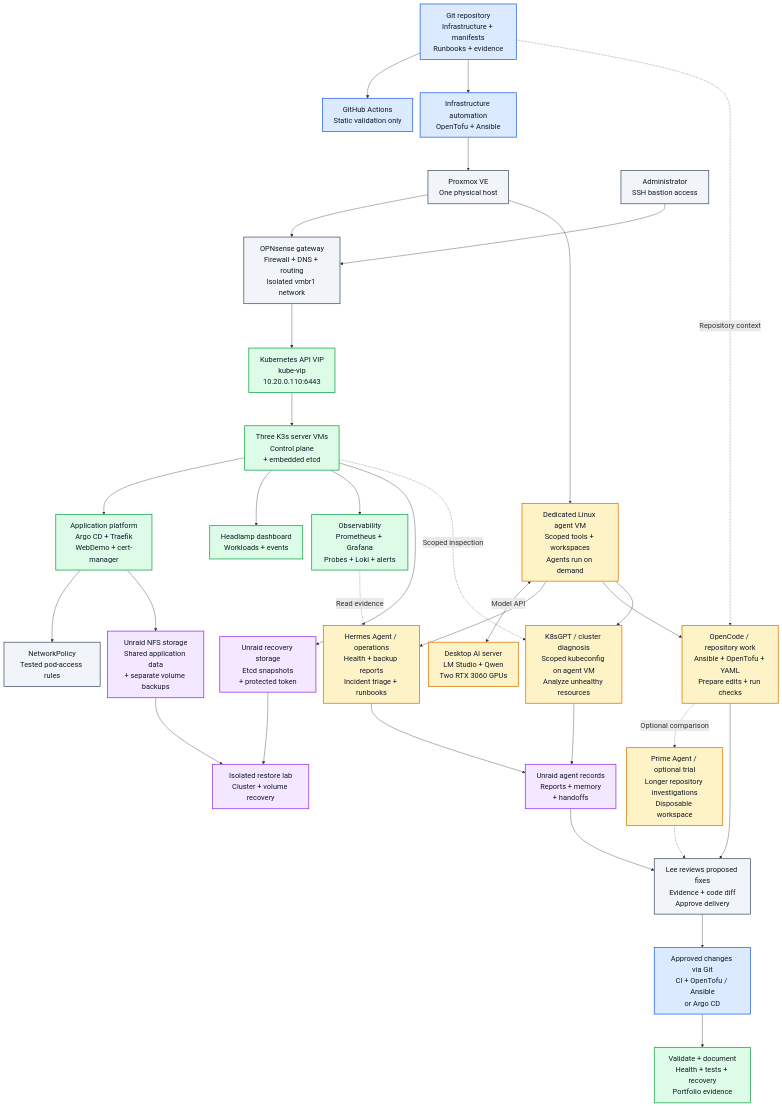
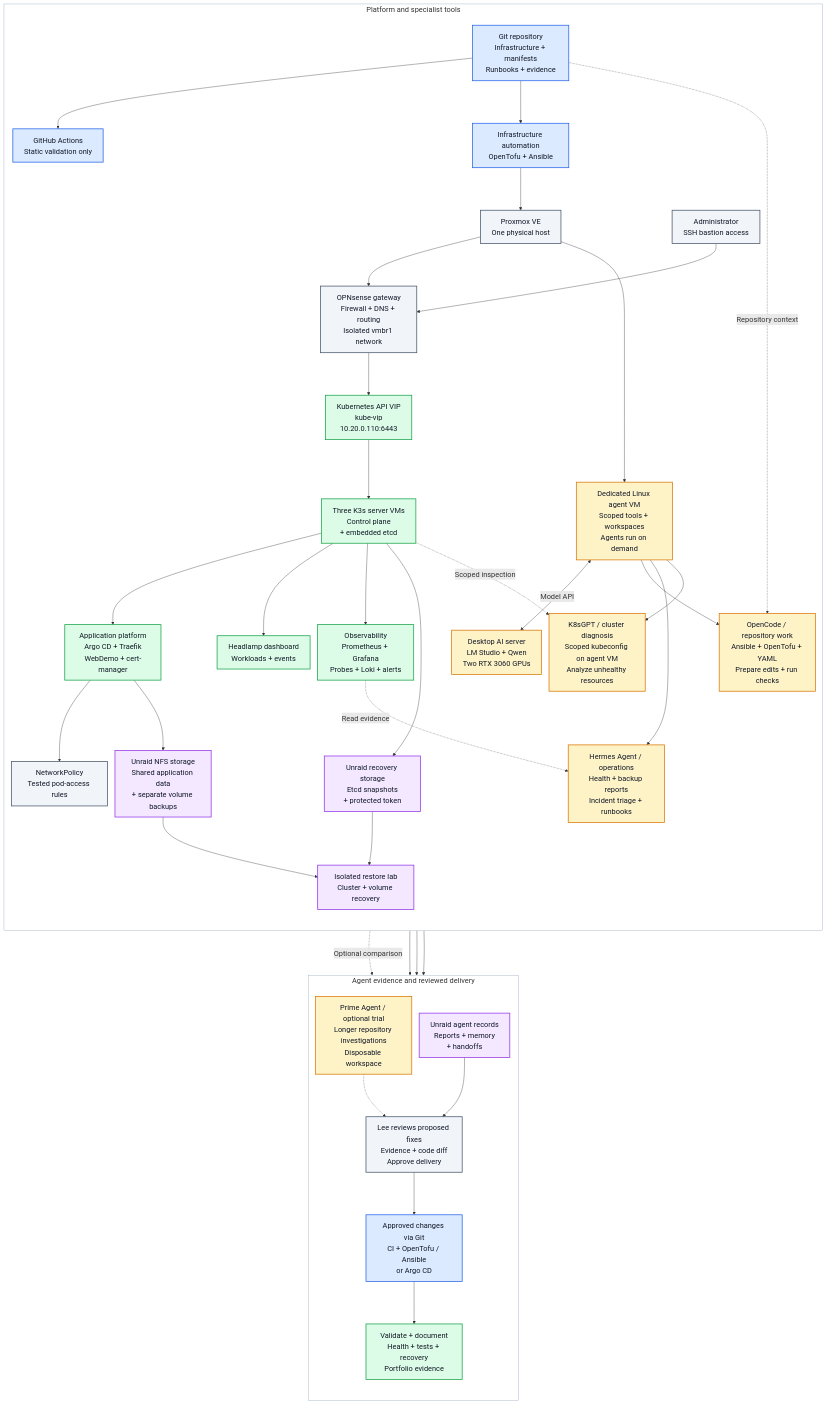
Before and after one commit to Capasiter/homelab-portfolio: the third of 3 diagrams in README.md, drawn with Mermaid. The commit also changed other lines of this file, not shown here.

Commit message:
docs: align architecture styling and group reviewed delivery on the left

````diff
--- a/README.md
+++ b/README.md
@@ -236,6 +237,17 @@
 ```mermaid
 %%{init: {"flowchart": {"nodeSpacing": 20, "rankSpacing": 90, "curve": "basis"}, "themeVariables": {"fontSize": "20px"}}}%%
 flowchart TD
+    subgraph ReviewLane["Agent evidence and reviewed delivery"]
+        direction TB
+    Prime["Prime Agent / optional trial<br/>Longer repository investigations<br/>Disposable workspace"]
+    Records["Unraid agent records<br/>Reports + memory<br/>+ handoffs"]
+    Review["Lee reviews proposed fixes<br/>Evidence + code diff<br/>Approve delivery"]
+    Delivery["Approved changes via Git<br/>CI + OpenTofu / Ansible<br/>or Argo CD"]
+    Verify["Validate + document<br/>Health + tests + recovery<br/>Portfolio evidence"]
+    end
+
+    subgraph PlatformLane["Platform and specialist tools"]
+        direction TB
     Git["Git repository<br/>Infrastructure + manifests<br/>Runbooks + evidence"]
     CI["GitHub Actions<br/>Static validation only"]
     Automation["Infrastructure automation<br/>OpenTofu + Ansible"]
@@ -251,17 +263,17 @@
     Storage["Unraid NFS storage<br/>Shared application data<br/>+ separate volume backups"]
     Backup["Unraid recovery storage<br/>Etcd snapshots<br/>+ protected token"]
     Restore["Isolated restore lab<br/>Cluster + volume recovery"]
-
     Workspace["Dedicated Linux agent VM<br/>Scoped tools + workspaces<br/>Agents run on demand"]
     Desktop["Desktop AI server<br/>LM Studio + Qwen<br/>Two RTX 3060 GPUs"]
     Hermes["Hermes Agent / operations<br/>Health + backup reports<br/>Incident triage + runbooks"]
     OpenCode["OpenCode / repository work<br/>Ansible + OpenTofu + YAML<br/>Prepare edits + run checks"]
     K8sGPT["K8sGPT / cluster diagnosis<br/>Scoped kubeconfig on agent VM<br/>Analyze unhealthy resources"]
-    Prime["Prime Agent / optional trial<br/>Longer repository investigations<br/>Disposable workspace"]
-    Records["Unraid agent records<br/>Reports + memory<br/>+ handoffs"]
-    Review["Lee reviews proposed fixes<br/>Evidence + code diff<br/>Approve delivery"]
-    Delivery["Approved changes via Git<br/>CI + OpenTofu / Ansible<br/>or Argo CD"]
-    Verify["Validate + document<br/>Health + tests + recovery<br/>Portfolio evidence"]
+    end
+
+    Prime -.-> Review
+    Records --> Review
+    Review --> Delivery
+    Delivery --> Verify
 
     Git --> CI
     Git --> Automation
@@ -281,8 +293,8 @@
 
     Proxmox ----> Workspace
     Workspace <-->|Model API| Desktop
+    Workspace --> OpenCode
     Workspace --> Hermes
-    Workspace --> OpenCode
     Workspace --> K8sGPT
     OpenCode -.->|Optional comparison| Prime
     Observe -.->|Read evidence| Hermes
@@ -291,10 +303,6 @@
     Hermes --> Records
     K8sGPT --> Records
     OpenCode --> Review
-    Prime -.-> Review
-    Records --> Review
-    Review --> Delivery
-    Delivery --> Verify
 
     classDef delivery fill:#DBEAFE,stroke:#2563EB,color:#111827,stroke-width:2px,font-size:20px
     classDef boundary fill:#F1F5F9,stroke:#475569,color:#111827,stroke-width:2px,font-size:20px
@@ -302,6 +310,9 @@
     classDef recovery fill:#F3E8FF,stroke:#9333EA,color:#111827,stroke-width:2px,font-size:20px
     classDef ai fill:#FEF3C7,stroke:#D97706,color:#111827,stroke-width:2px,font-size:20px
 
+    style ReviewLane fill:transparent,stroke:#94A3B8
+    style PlatformLane fill:transparent,stroke:#94A3B8
+
     class Git,CI,Automation,Delivery delivery
     class Proxmox,Admin,Network,Policies,Review boundary
     class VIP,Cluster,Apps,Dashboard,Observe,Verify runtime
````
